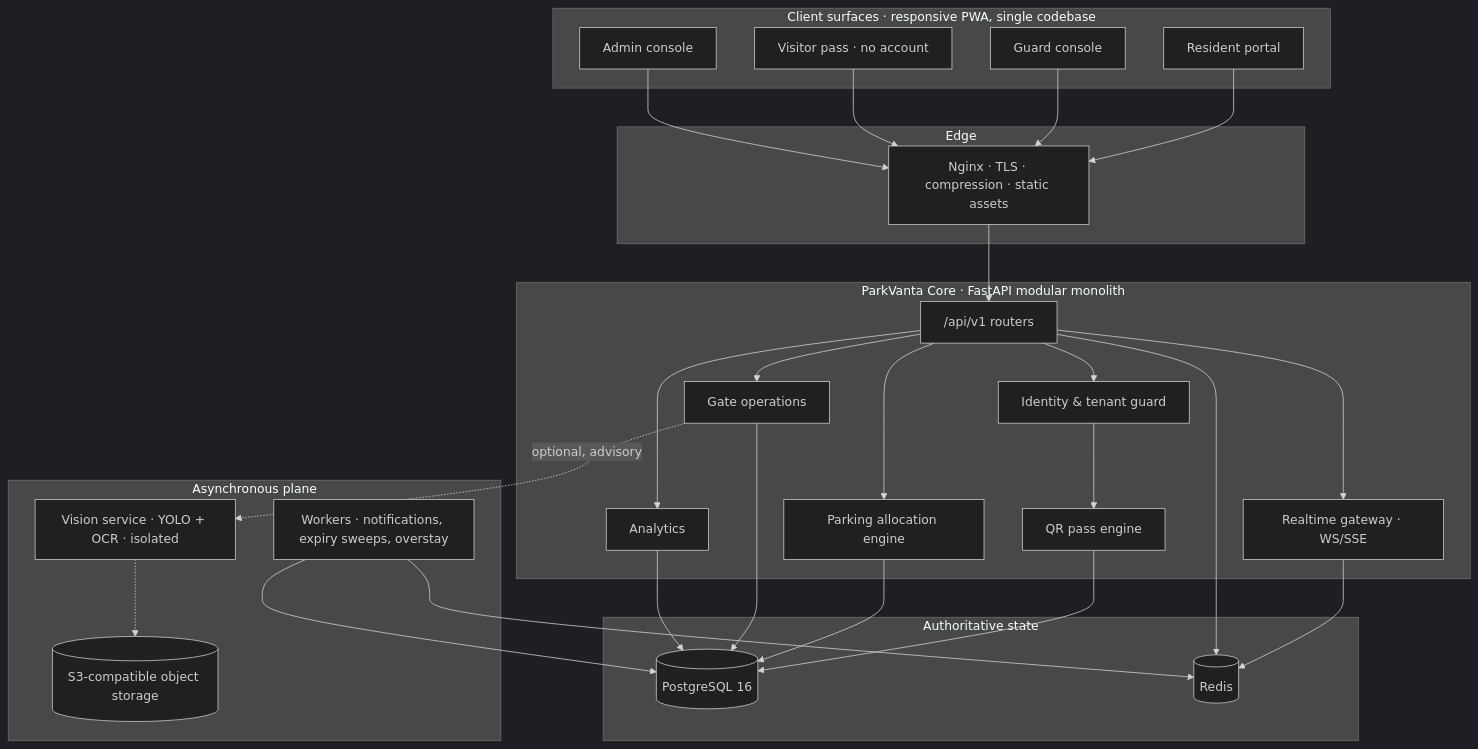
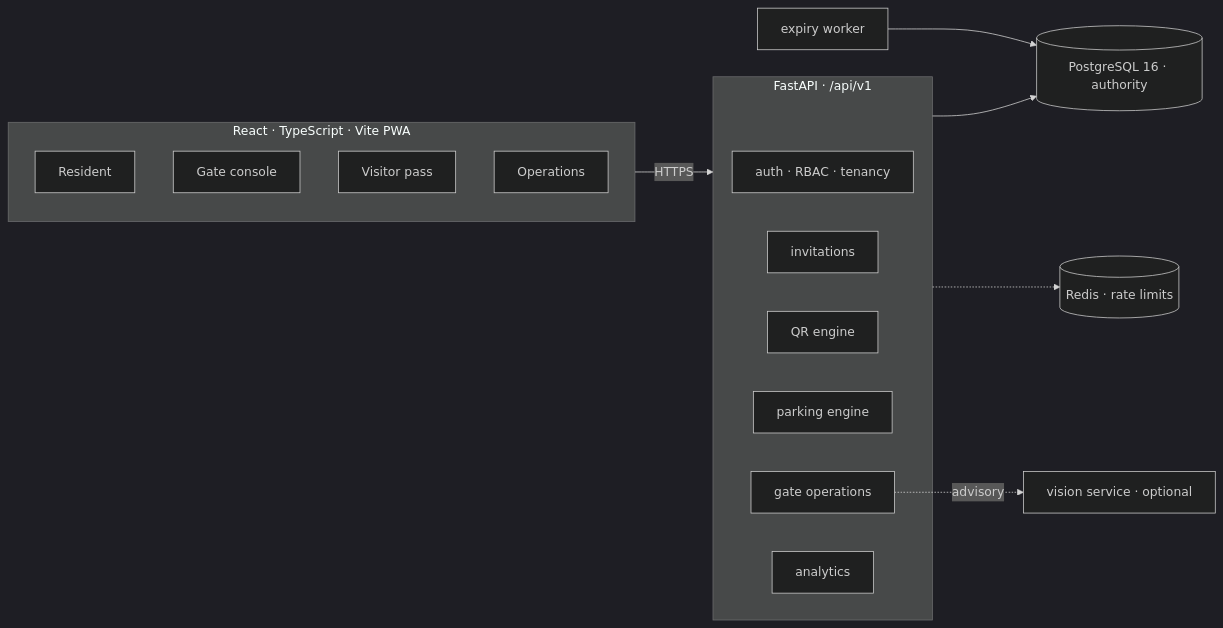
The first of 2 diagrams in README.md (officialarghya29/ParkVanta), drawn with Mermaid (dark theme) before and after one commit. The commit also changed other lines of this file, not shown here.

````diff
--- a/README.md
+++ b/README.md
@@ -93,56 +79,29 @@
 ```mermaid
-flowchart TB
-    subgraph Clients["Client surfaces · responsive PWA, single codebase"]
-        R["Resident portal"]
-        G["Guard console"]
-        V["Visitor pass · no account"]
-        A["Admin console"]
+flowchart LR
+    subgraph Client["React · TypeScript · Vite PWA"]
+        R["Resident"]
+        G["Gate console"]
+        V["Visitor pass"]
+        A["Operations"]
     end
 
-    subgraph Edge["Edge"]
-        N["Nginx · TLS · compression · static assets"]
+    subgraph API["FastAPI · /api/v1"]
+        AUTH["auth · RBAC · tenancy"]
+        INV["invitations"]
+        QRE["QR engine"]
+        PARK["parking engine"]
+        GATE["gate operations"]
+        AN["analytics"]
     end
 
-    subgraph Core["ParkVanta Core · FastAPI modular monolith"]
-        API["/api/v1 routers"]
-        ID["Identity & tenant guard"]
-        QRE["QR pass engine"]
-        PARK["Parking allocation engine"]
-        GATE["Gate operations"]
-        AN["Analytics"]
-        RT["Realtime gateway · WS/SSE"]
-    end
+    PG[("PostgreSQL 16 · authority")]
+    RD[("Redis · rate limits")]
+    W["expiry worker"]
+    VIS["vision service · optional"]
 
-    subgraph State["Authoritative state"]
-        PG[("PostgreSQL 16")]
-        RD[("Redis")]
-    end
-
-    subgraph Async["Asynchronous plane"]
-        W["Workers · notifications, expiry sweeps, overstay"]
-        VIS["Vision service · YOLO + OCR · isolated"]
-        OBJ[("S3-compatible object storage")]
-    end
-
-    R --> N
-    G --> N
-    V --> N
-    A --> N
-    N --> API
-    API --> ID
-    ID --> QRE
-    API --> PARK
-    API --> GATE
-    API --> AN
-    API --> RT
-    QRE --> PG
-    PARK --> PG
-    GATE --> PG
-    AN --> PG
-    RT --> RD
-    API --> RD
+    Client -->|HTTPS| API
+    API --> PG
+    API -.-> RD
     W --> PG
-    W --> RD
-    GATE -. optional, advisory .-> VIS
-    VIS -.-> OBJ
+    GATE -.->|advisory| VIS
 ```
````
